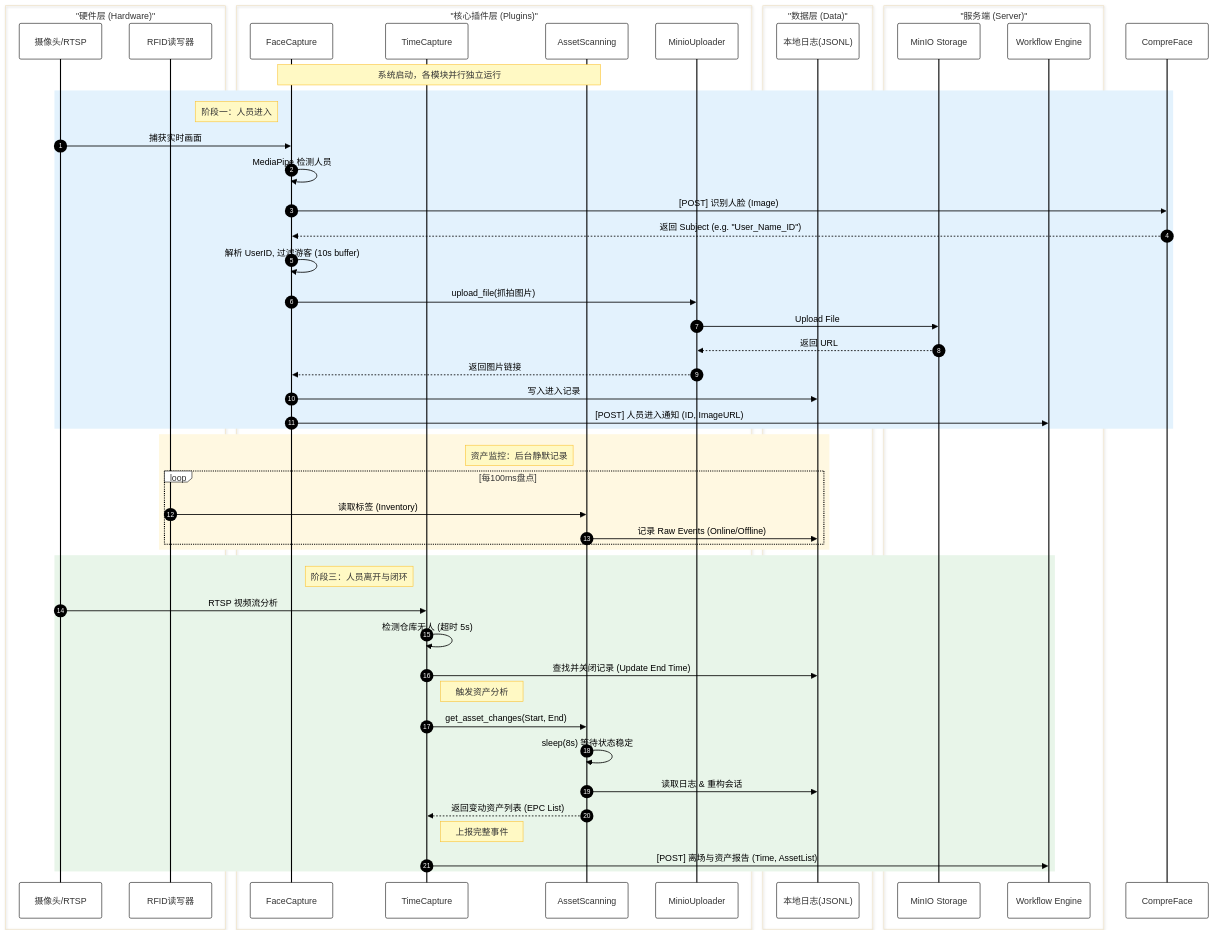
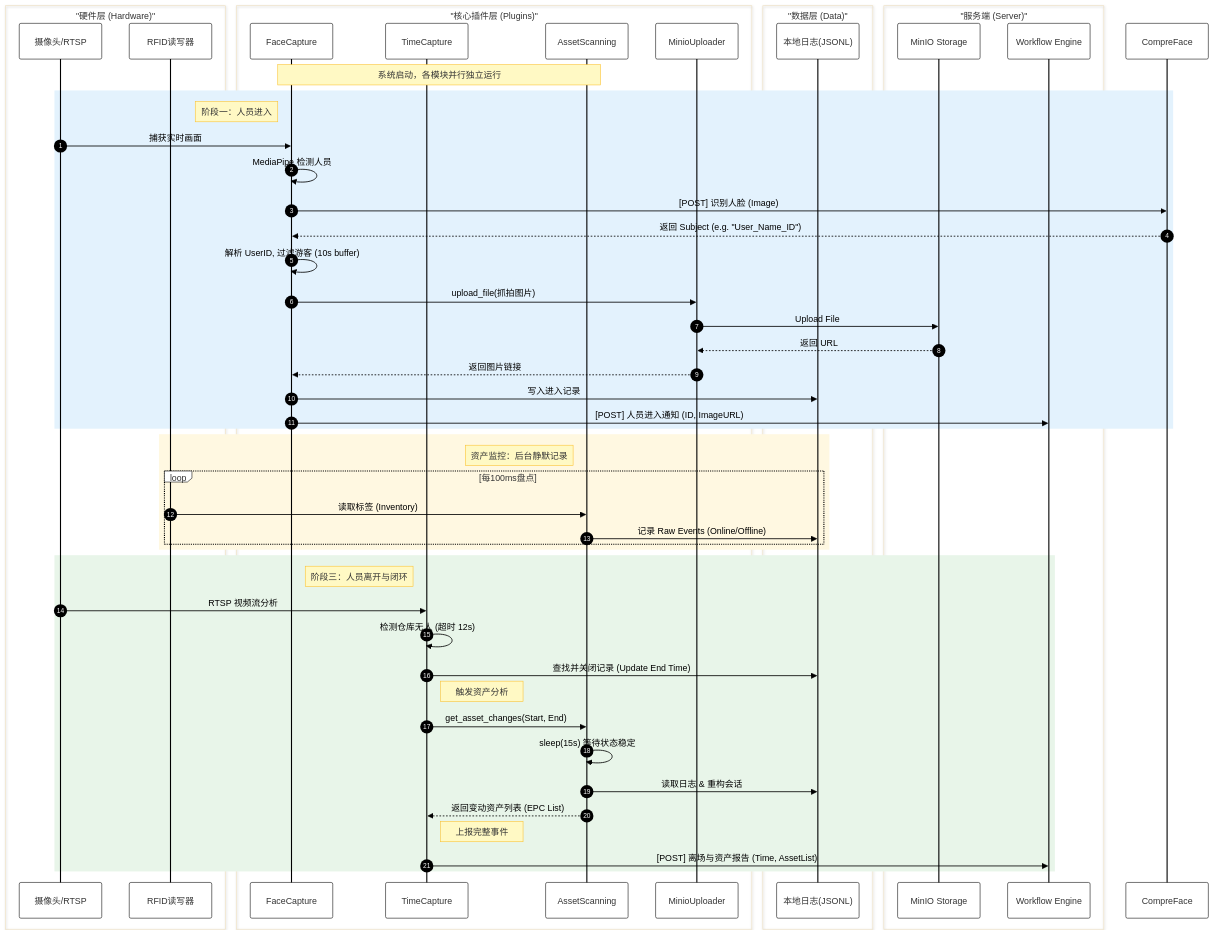
Before and after one commit to BorderArea01/warehouse: the second of 2 diagrams in README.md, drawn with Mermaid. The commit also changed other lines of this file and 7 other files, not shown here.

````diff
--- a/README.md
+++ b/README.md
@@ -92,80 +96,80 @@
 ```mermaid
 %%{init: {'theme': 'base', 'themeVariables': { 'fontSize': '18px', 'fontFamily': 'Microsoft YaHei, Arial', 'actorBkg': '#FFFFFF', 'actorBorder': '#000000', 'signalColor': '#000000', 'signalTextColor': '#000000', 'noteBkgColor': '#FFF9C4', 'noteBorderColor': '#FBC02D' }}}%%
 sequenceDiagram
     autonumber
     
     box "硬件层 (Hardware)" #F5F5F5
         participant Cam as 摄像头/RTSP
         participant RFID as RFID读写器
     end
 
     box "核心插件层 (Plugins)" #E3F2FD
         participant Face as FaceCapture
         participant Time as TimeCapture
         participant Asset as AssetScanning
         participant Up as MinioUploader
     end
 
     box "数据层 (Data)" #FFF3E0
         participant Local as 本地日志(JSONL)
     end
 
     box "服务端 (Server)" #E8F5E9
         participant MinIO as MinIO Storage
         participant WF as Workflow Engine
     end
 
     Note over Face, Asset: 系统启动，各模块并行独立运行
 
     %% ============================================================
     %% 阶段一：人员进入流程 (Entry Process)
     %% ============================================================
     rect rgb(227, 242, 253)
         Note left of Face: 阶段一：人员进入
         Cam->>Face: 捕获实时画面
         Face->>Face: MediaPipe 检测人员
         Face->>CompreFace: [POST] 识别人脸 (Image)
         CompreFace-->>Face: 返回 Subject (e.g. "User_Name_ID")
         
         Face->>Face: 解析 UserID, 过滤游客 (10s buffer)
         
         Face->>Up: upload_file(抓拍图片)
         Up->>MinIO: Upload File
         MinIO-->>Up: 返回 URL
         Up-->>Face: 返回图片链接
 
         Face->>Local: 写入进入记录
         Face->>WF: [POST] 人员进入通知 (ID, ImageURL)
     end
 
     %% ============================================================
     %% 阶段二：资产监控 (Passive)
     %% ============================================================
     rect rgb(255, 248, 225)
         Note left of Asset: 资产监控：后台静默记录
         loop 每100ms盘点
             RFID->>Asset: 读取标签 (Inventory)
             Asset->>Local: 记录 Raw Events (Online/Offline)
         end
     end
 
     %% ============================================================
     %% 阶段三：人员离开与闭环 (Exit & Analysis)
     %% ============================================================
     rect rgb(232, 245, 233)
         Note left of Time: 阶段三：人员离开与闭环
         Cam->>Time: RTSP 视频流分析
-        Time->>Time: 检测仓库无人 (超时 5s)
+        Time->>Time: 检测仓库无人 (超时 12s)
         
         Time->>Local: 查找并关闭记录 (Update End Time)
         
         Note right of Time: 触发资产分析
         Time->>Asset: get_asset_changes(Start, End)
-        Asset->>Asset: sleep(8s) 等待状态稳定
+        Asset->>Asset: sleep(15s) 等待状态稳定
         Asset->>Local: 读取日志 & 重构会话
         Asset-->>Time: 返回变动资产列表 (EPC List)
 
         Note right of Time: 上报完整事件
         Time->>WF: [POST] 离场与资产报告 (Time, AssetList)
     end
 ```
````
